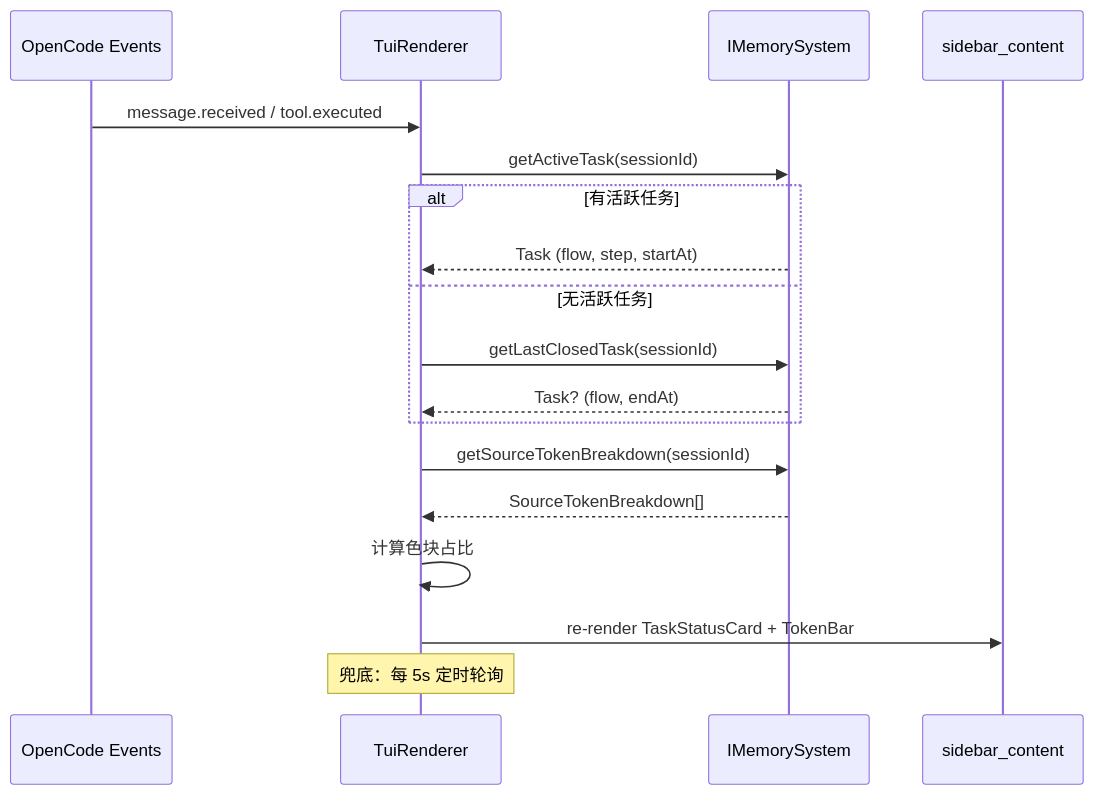
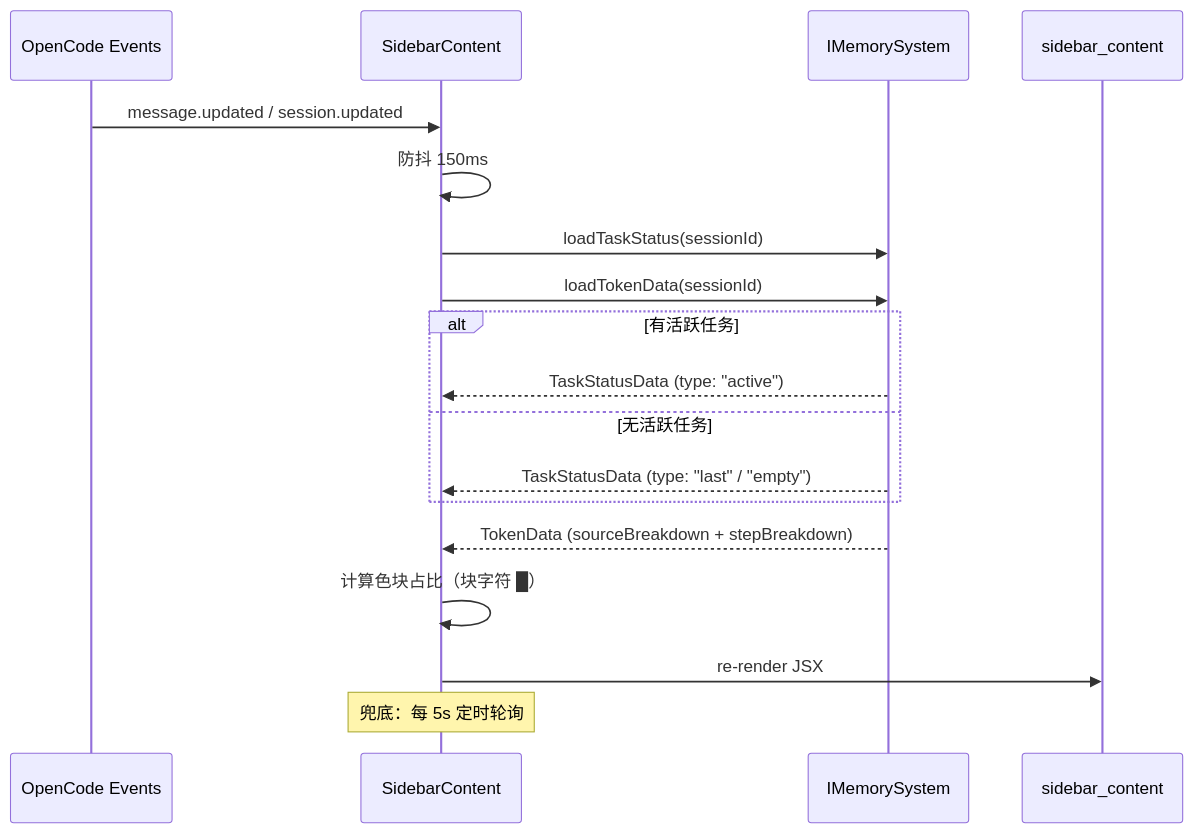
The second of 2 diagrams in docs/spec/vibe-pm-tui-extension.md (hank-cp/opencode-vibe-pm), drawn with Mermaid before and after one commit. The commit also changed other lines of this file and 10 other files, not shown here.

````diff
--- a/docs/spec/vibe-pm-tui-extension.md
+++ b/docs/spec/vibe-pm-tui-extension.md
@@ -138,22 +138,22 @@
 ```mermaid
 sequenceDiagram
     participant OC as OpenCode Events
-    participant TR as TuiRenderer
+    participant SC as SidebarContent
     participant MS as IMemorySystem
     participant Slot as sidebar_content
 
-    OC->>TR: message.received / tool.executed
-    TR->>MS: getActiveTask(sessionId)
+    OC->>SC: message.updated / session.updated
+    SC->>SC: 防抖 150ms
+    SC->>MS: loadTaskStatus(sessionId)
+    SC->>MS: loadTokenData(sessionId)
     alt 有活跃任务
-        MS-->>TR: Task (flow, step, startAt)
+        MS-->>SC: TaskStatusData (type: "active")
     else 无活跃任务
-        TR->>MS: getLastClosedTask(sessionId)
-        MS-->>TR: Task? (flow, endAt)
+        MS-->>SC: TaskStatusData (type: "last" / "empty")
     end
-    TR->>MS: getSourceTokenBreakdown(sessionId)
-    MS-->>TR: SourceTokenBreakdown[]
-    TR->>TR: 计算色块占比
-    TR->>Slot: re-render TaskStatusCard + TokenBar
+    MS-->>SC: TokenData (sourceBreakdown + stepBreakdown)
+    SC->>SC: 计算色块占比（块字符 █）
+    SC->>Slot: re-render JSX
 
-    Note over TR: 兜底：每 5s 定时轮询
+    Note over SC: 兜底：每 5s 定时轮询
 ```
````
